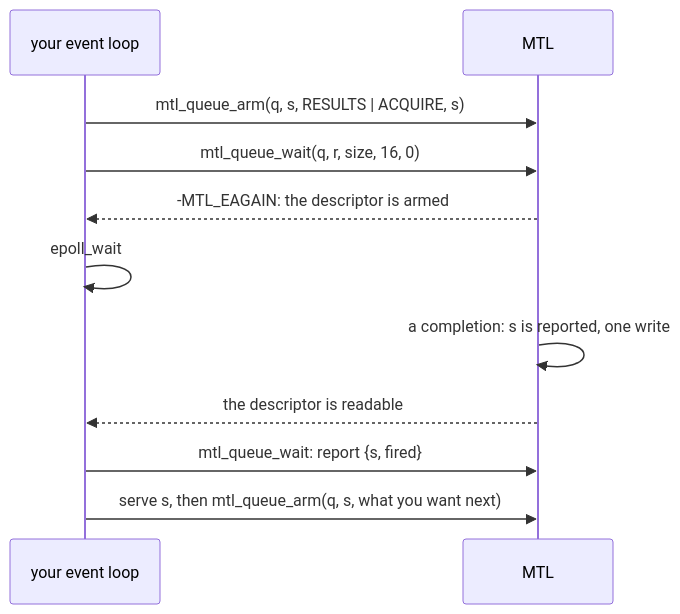
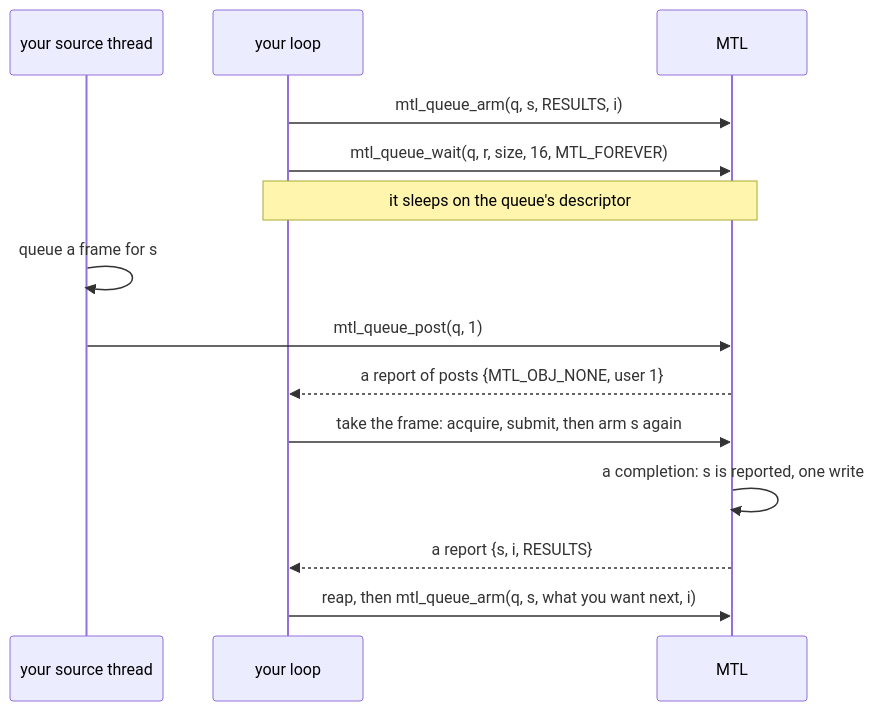
One commit to Sakoram/Media-Transport-Library changed the eighth of 15 diagrams in doc/unified-api/contract.md. Above: the diagram before and after it, drawn with Mermaid. The commit also changed other lines of this file and 46 other files, not shown here.

````diff
--- a/doc/unified-api/contract.md
+++ b/doc/unified-api/contract.md
@@ -1707,13 +1737,16 @@
 ```mermaid
 sequenceDiagram
-    participant A as your event loop
+    participant S as your source thread
+    participant A as your loop
     participant M as MTL
-    A->>M: mtl_queue_arm(q, s, RESULTS | ACQUIRE, s)
-    A->>M: mtl_queue_wait(q, r, size, 16, 0)
-    M-->>A: -MTL_EAGAIN: the descriptor is armed
-    A->>A: epoll_wait
+    A->>M: mtl_queue_arm(q, s, RESULTS, i)
+    A->>M: mtl_queue_wait(q, r, size, 16, MTL_FOREVER)
+    Note over A,M: it sleeps on the queue's descriptor
+    S->>S: queue a frame for s
+    S->>M: mtl_queue_post(q, 1)
+    M-->>A: a report of posts {MTL_OBJ_NONE, user 1}
+    A->>M: take the frame: acquire, submit, then arm s again
     M->>M: a completion: s is reported, one write
-    M-->>A: the descriptor is readable
-    A->>M: mtl_queue_wait: report {s, fired}
-    A->>M: serve s, then mtl_queue_arm(q, s, what you want next)
+    M-->>A: a report {s, i, RESULTS}
+    A->>M: reap, then mtl_queue_arm(q, s, what you want next, i)
 ```
````
